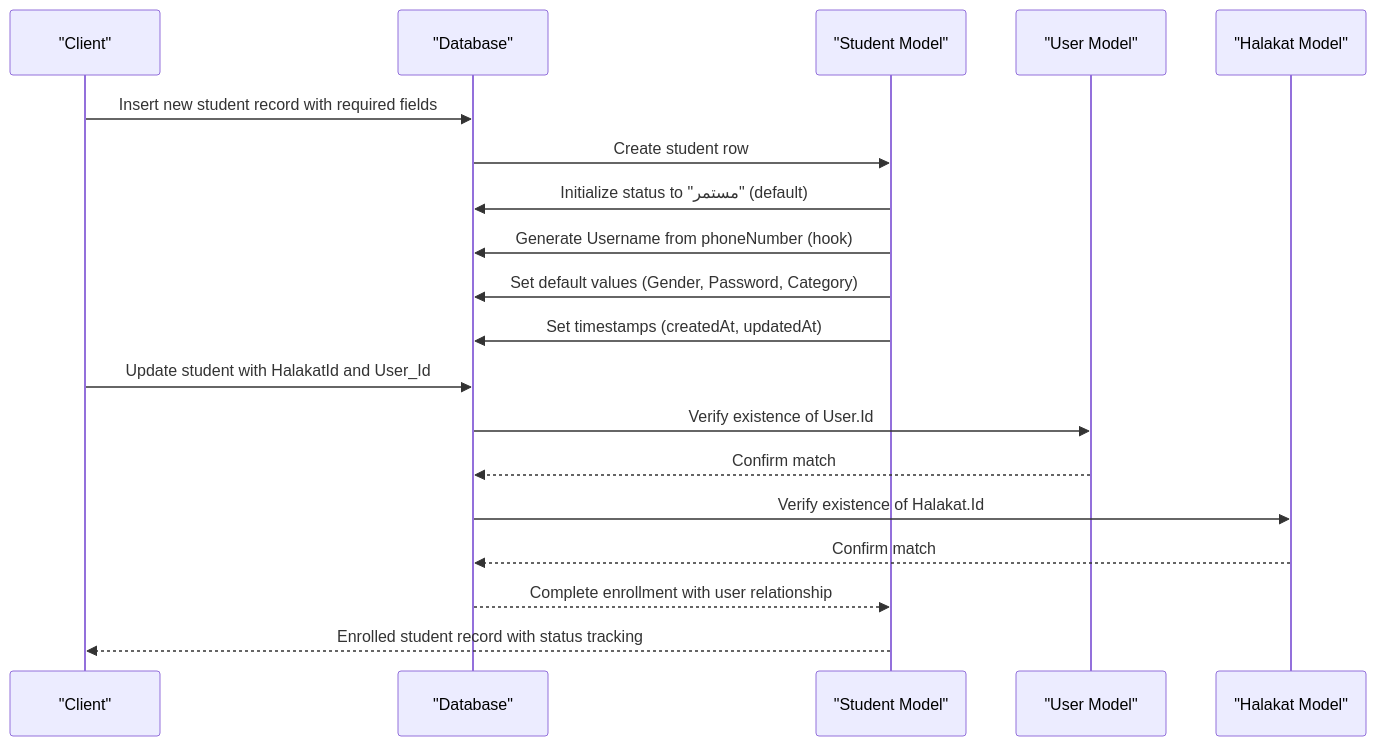
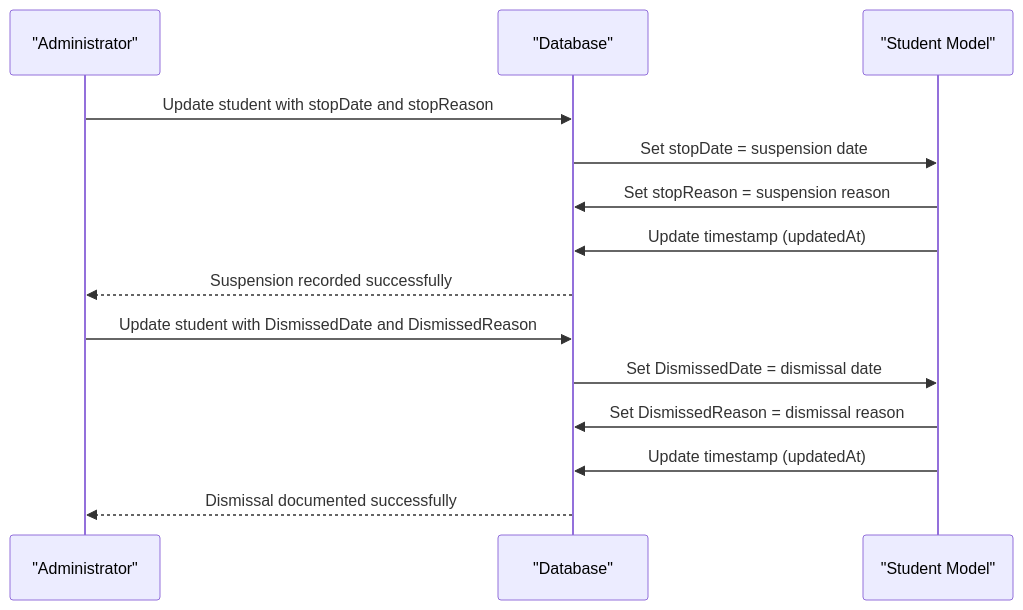
The fourth of 8 diagrams in .qoder/repowiki/en/content/Database Design/Student Model.md (Mreng78/khirocom_project), drawn with Mermaid before and after one commit. The commit also changed other lines of this file and 17 other files, not shown here.

````diff
--- a/.qoder/repowiki/en/content/Database Design/Student Model.md
+++ b/.qoder/repowiki/en/content/Database Design/Student Model.md
@@ -207,21 +218,16 @@
 ```mermaid
 sequenceDiagram
-participant Client as "Client"
+participant Admin as "Administrator"
 participant DB as "Database"
 participant Student as "Student Model"
-participant User as "User Model"
-participant Halakat as "Halakat Model"
-Client->>DB : Insert new student record with required fields
-DB->>Student : Create student row
-Student->>DB : Initialize status to "مستمر" (default)
-Student->>DB : Generate Username from phoneNumber (hook)
-Student->>DB : Set default values (Gender, Password, Category)
-Student->>DB : Set timestamps (createdAt, updatedAt)
-Client->>DB : Update student with HalakatId and User_Id
-DB->>User : Verify existence of User.Id
-User-->>DB : Confirm match
-DB->>Halakat : Verify existence of Halakat.Id
-Halakat-->>DB : Confirm match
-DB-->>Student : Complete enrollment with user relationship
-Student-->>Client : Enrolled student record with status tracking
+Admin->>DB : Update student with stopDate and stopReason
+DB->>Student : Set stopDate = suspension date
+Student->>DB : Set stopReason = suspension reason
+Student->>DB : Update timestamp (updatedAt)
+DB-->>Admin : Suspension recorded successfully
+Admin->>DB : Update student with DismissedDate and DismissedReason
+DB->>Student : Set DismissedDate = dismissal date
+Student->>DB : Set DismissedReason = dismissal reason
+Student->>DB : Update timestamp (updatedAt)
+DB-->>Admin : Dismissal documented successfully
 ```
````
